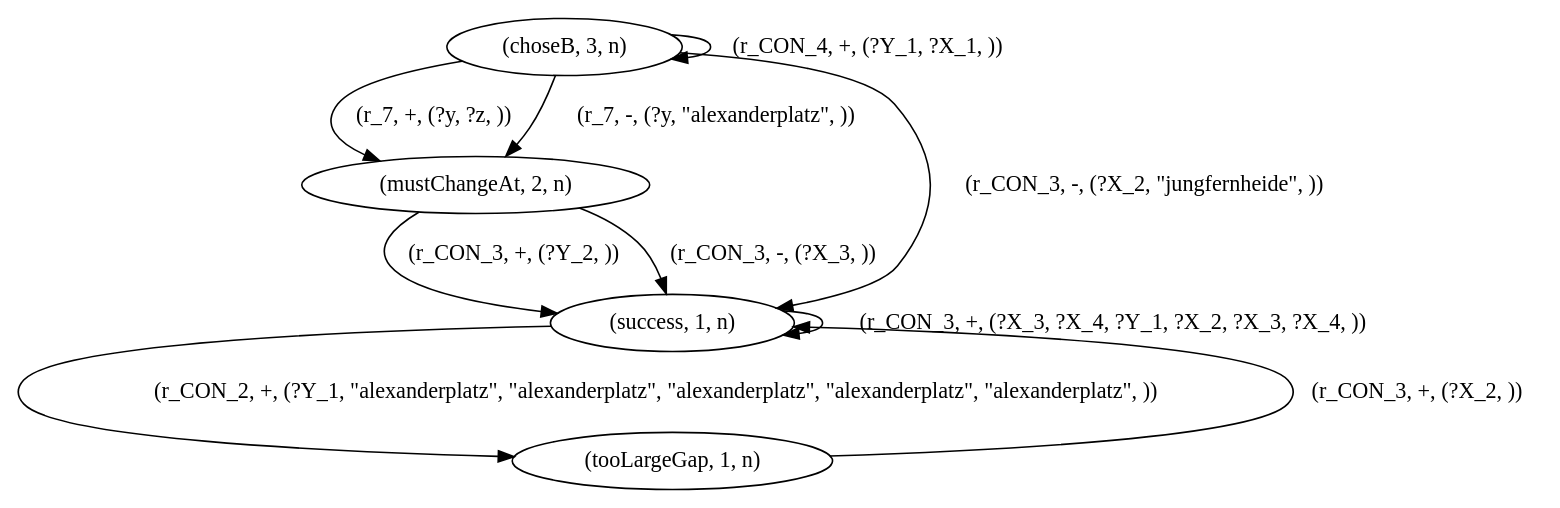
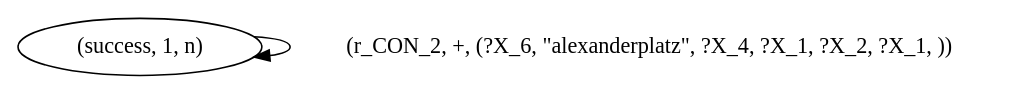
The diagram in mtf_EXP_20781/debug/pre_verify_reduced_adg.dot (Leo-Aus-Berlin/nemo-metamorphic-testing), drawn with Graphviz before and after one commit. The commit also changed 39 other files, not shown here.

```diff
--- a/mtf_EXP_20781/debug/pre_verify_reduced_adg.dot
+++ b/mtf_EXP_20781/debug/pre_verify_reduced_adg.dot
@@ -1,15 +1,4 @@
 digraph {
-    2 [ label = "(choseB, 3, n)" ]
-    5 [ label = "(mustChangeAt, 2, n)" ]
     8 [ label = "(success, 1, n)" ]
-    9 [ label = "(tooLargeGap, 1, n)" ]
-    5 -> 8 [ label = "(r_CON_3, +, (?Y_2, ))" ]
-    8 -> 9 [ label = "(r_CON_2, +, (?Y_1, \"alexanderplatz\", \"alexanderplatz\", \"alexanderplatz\", \"alexanderplatz\", \"alexanderplatz\", ))" ]
-    2 -> 5 [ label = "(r_7, +, (?y, ?z, ))" ]
-    8 -> 8 [ label = "(r_CON_3, +, (?X_3, ?X_4, ?Y_1, ?X_2, ?X_3, ?X_4, ))" ]
-    9 -> 8 [ label = "(r_CON_3, +, (?X_2, ))" ]
-    2 -> 8 [ label = "(r_CON_3, -, (?X_2, \"jungfernheide\", ))" ]
-    5 -> 8 [ label = "(r_CON_3, -, (?X_3, ))" ]
-    2 -> 5 [ label = "(r_7, -, (?y, \"alexanderplatz\", ))" ]
-    2 -> 2 [ label = "(r_CON_4, +, (?Y_1, ?X_1, ))" ]
+    8 -> 8 [ label = "(r_CON_2, +, (?X_6, \"alexanderplatz\", ?X_4, ?X_1, ?X_2, ?X_1, ))" ]
 }
```
